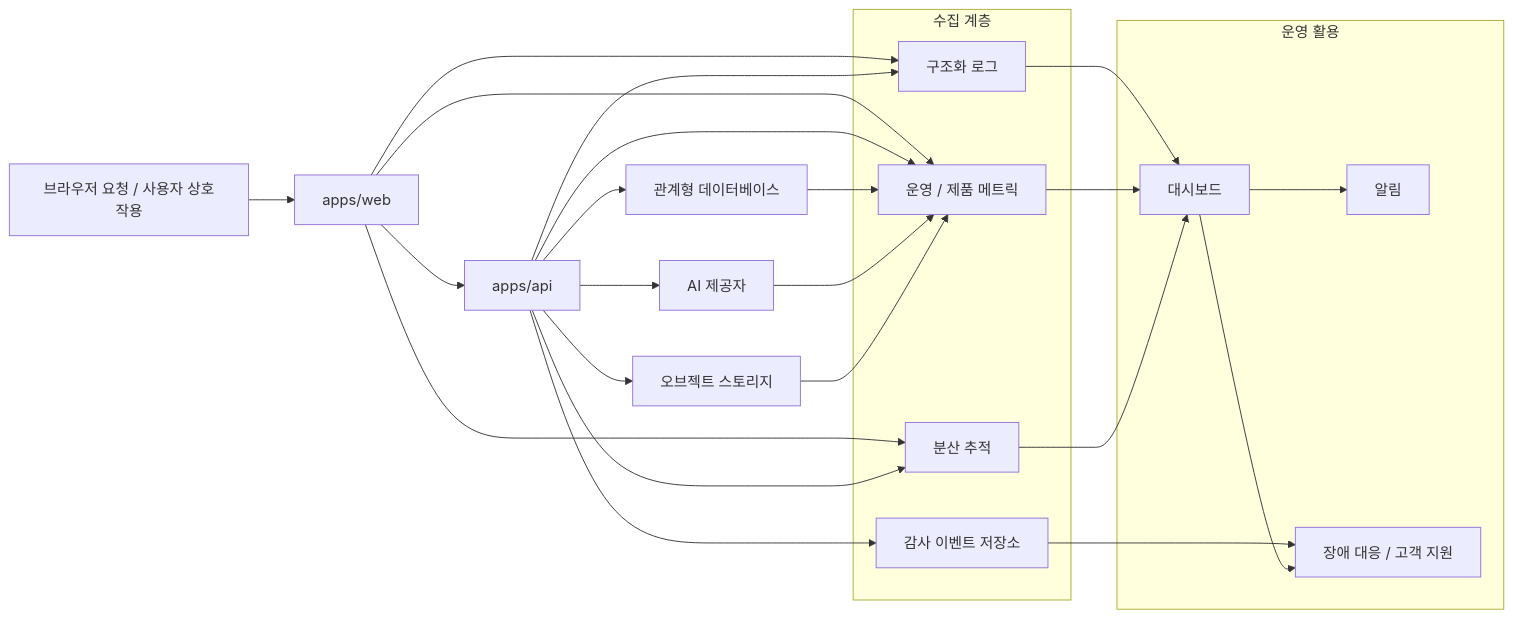
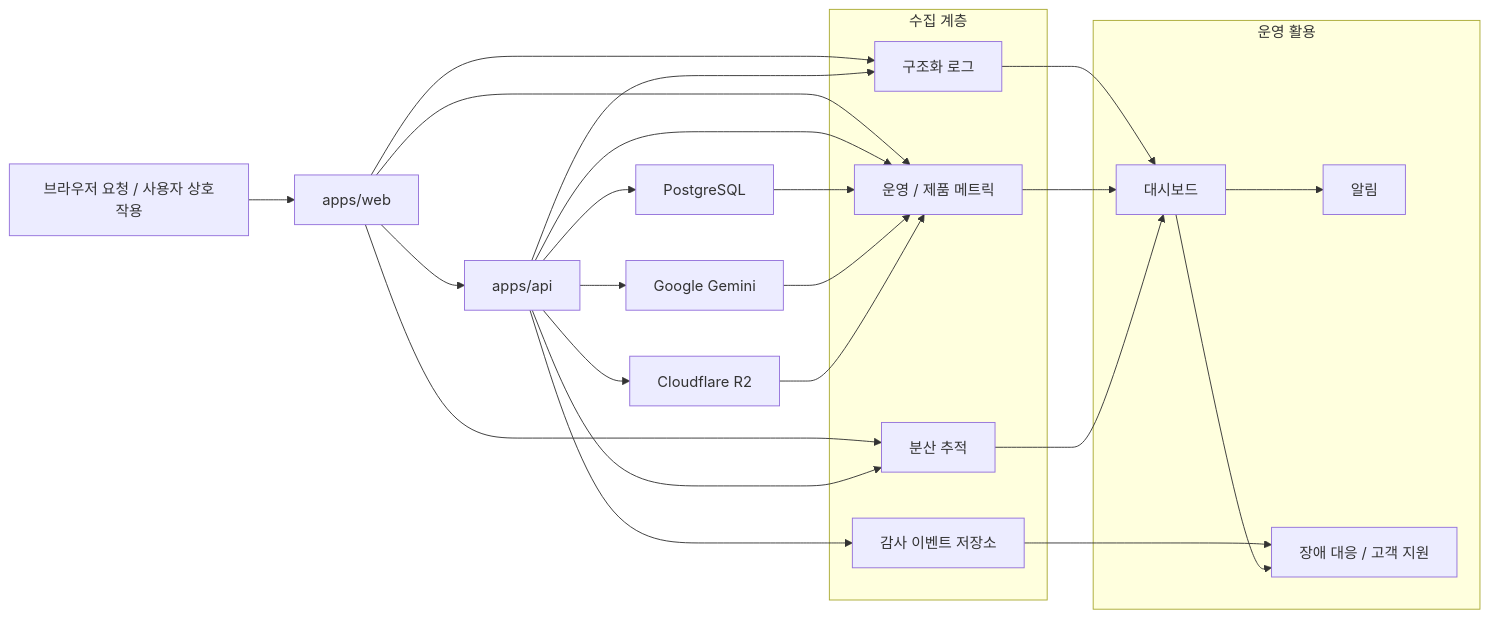
Before and after one commit to qaws7791/writing-app: the diagram in docs/03-architecture/diagrams/observability-flow.md, drawn with Mermaid. The commit also changed 16 other files, not shown here.

Commit message:
architecture 문서 PRD 기준으로 업데이트

````diff
--- a/docs/03-architecture/diagrams/observability-flow.md
+++ b/docs/03-architecture/diagrams/observability-flow.md
@@ -10,46 +10,46 @@
 ```mermaid
 flowchart LR
     browser["브라우저 요청 / 사용자 상호작용"]
     web["apps/web"]
     api["apps/api"]
-    db["관계형 데이터베이스"]
-    ai["AI 제공자"]
-    storage["오브젝트 스토리지"]
+    db["PostgreSQL"]
+    ai["Google Gemini"]
+    storage["Cloudflare R2"]
 
     subgraph collection["수집 계층"]
         logs["구조화 로그"]
         metrics["운영 / 제품 메트릭"]
         traces["분산 추적"]
         audit["감사 이벤트 저장소"]
     end
 
     subgraph operations["운영 활용"]
         dashboards["대시보드"]
         alerts["알림"]
         support["장애 대응 / 고객 지원"]
     end
 
     browser --> web
     web --> api
     api --> db
     api --> ai
     api --> storage
 
     web --> logs
     web --> metrics
     web --> traces
     api --> logs
     api --> metrics
     api --> traces
     api --> audit
     db --> metrics
     ai --> metrics
     storage --> metrics
 
     logs --> dashboards
     metrics --> dashboards
     traces --> dashboards
     audit --> support
     dashboards --> alerts
     dashboards --> support
 ```
````
